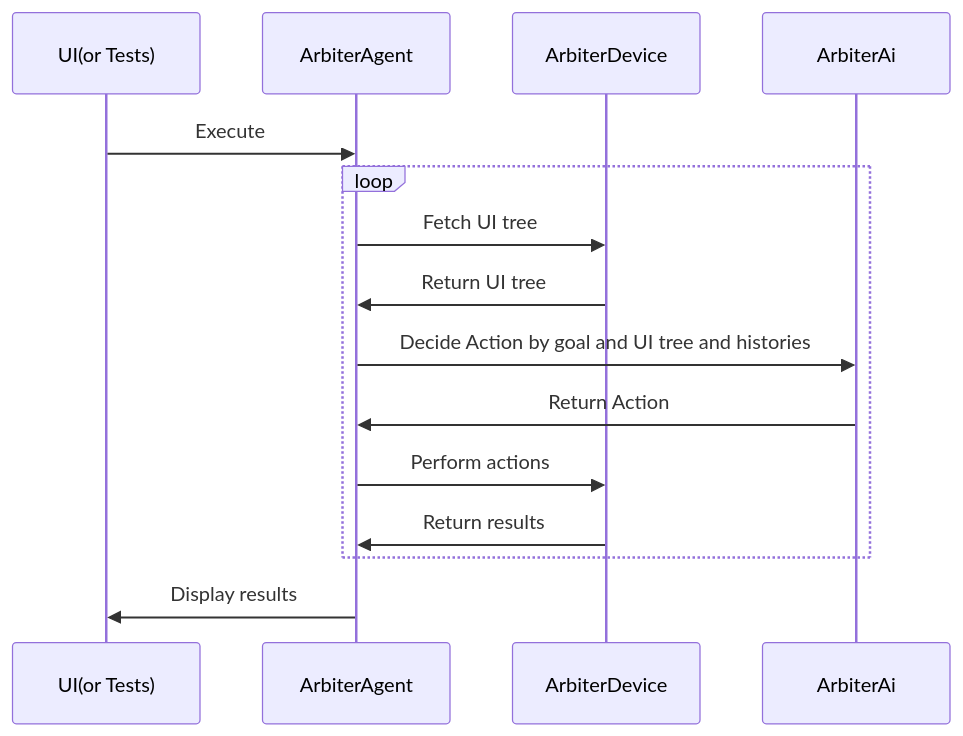
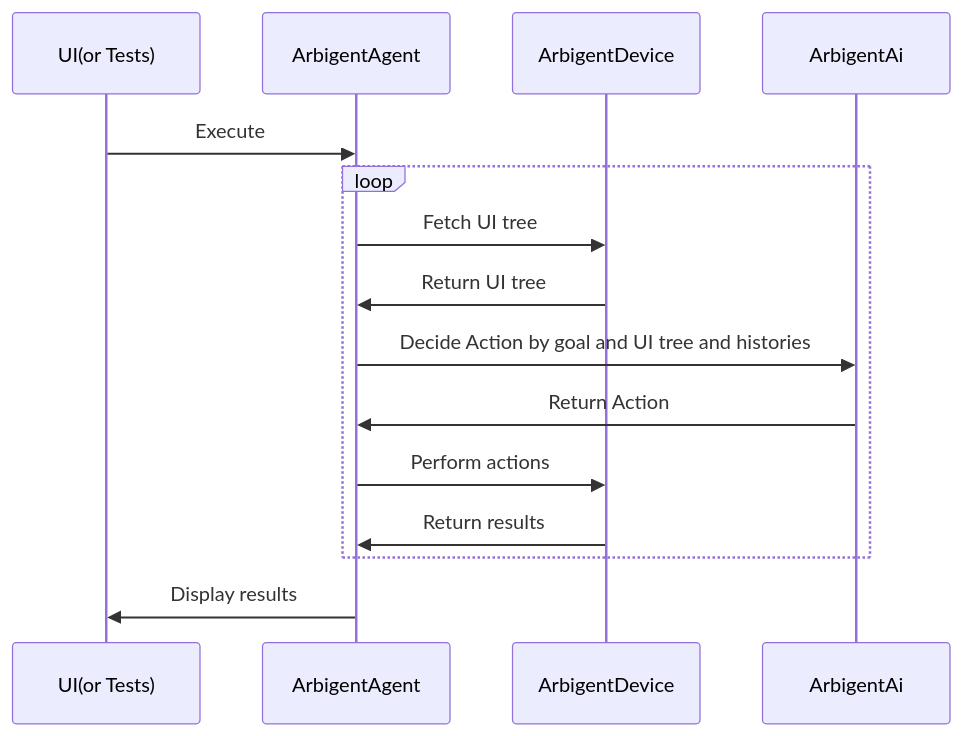
One commit to takahirom/arbigent changed the first of 2 diagrams in README.md. Above: the diagram before and after it, drawn with Mermaid. The commit also changed other lines of this file and 93 other files, not shown here.

````diff
--- a/README.md
+++ b/README.md
@@ -105,17 +105,17 @@
 ```mermaid
 sequenceDiagram
   participant UI(or Tests)
-  participant ArbiterAgent
-  participant ArbiterDevice
-  participant ArbiterAi
-  UI(or Tests)->>ArbiterAgent: Execute
+  participant ArbigentAgent
+  participant ArbigentDevice
+  participant ArbigentAi
+  UI(or Tests)->>ArbigentAgent: Execute
   loop
-    ArbiterAgent->>ArbiterDevice: Fetch UI tree
-    ArbiterDevice->>ArbiterAgent: Return UI tree
-    ArbiterAgent->>ArbiterAi: Decide Action by goal and UI tree and histories
-    ArbiterAi->>ArbiterAgent: Return Action
-    ArbiterAgent->>ArbiterDevice: Perform actions
-    ArbiterDevice->>ArbiterAgent: Return results
+    ArbigentAgent->>ArbigentDevice: Fetch UI tree
+    ArbigentDevice->>ArbigentAgent: Return UI tree
+    ArbigentAgent->>ArbigentAi: Decide Action by goal and UI tree and histories
+    ArbigentAi->>ArbigentAgent: Return Action
+    ArbigentAgent->>ArbigentDevice: Perform actions
+    ArbigentDevice->>ArbigentAgent: Return results
   end
-  ArbiterAgent->>UI(or Tests): Display results
+  ArbigentAgent->>UI(or Tests): Display results
 ```
````
